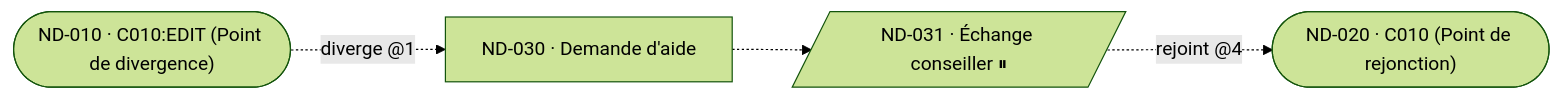
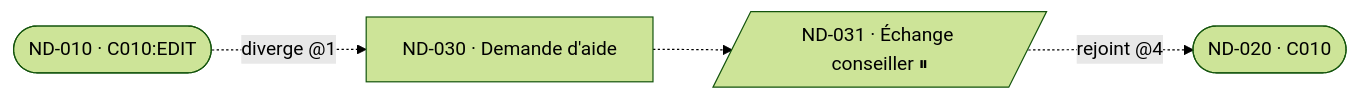
Before and after one commit to Pi0up/ai-skills: the second of 4 diagrams in specs/spec-preview.md, drawn with Mermaid (forest theme). The commit also changed other lines of this file and 2 other files, not shown here.

````diff
--- a/specs/spec-preview.md
+++ b/specs/spec-preview.md
@@ -778,17 +758,17 @@
 ```mermaid
-%%@file id=PF-DOSSIER-VAR-ASSIST project=DOSSIER kind=userflow view=collapsed uc=UC-DOSSIER obj=OBJ-DOSSIER-01 statut=variante roles=MANAGER
-%%@file diverge=PF-DOSSIER-NOM@1 rejoint=PF-DOSSIER-NOM@4 confiance=RED validation=QA title="Parcours Variante : Assistance Téléphonique" version="1.1"
+%%@file id=PF-DOSSIER-VAR-ASSIST project=DOSSIER kind=userflow uc=UC-DOSSIER obj=OBJ-DOSSIER-01 statut=variante roles=MANAGER
+%%@file diverge=PF-DOSSIER-NOM@1 rejoint=PF-DOSSIER-NOM@4 confiance=RED validation=QA title="Assistance téléphonique" version="1.1"
 %%@node ND010 code=C010:EDIT type=ECR order=1
 %%@node ND030 ref=FEAT-DEMANDER-AIDE type=ACT order=2
 %%@node ND031 code=EXT-SUPPORT type=EXT obs=none break=yes resume=ND020 persist=external delay=days order=3
 %%@node ND020 code=C010 type=ECR order=4
 %%@edge ND010>ND030 kind=diverge
 %%@edge ND030>ND031 kind=variant
 %%@edge ND031>ND020 kind=rejoin
 flowchart LR
-  ND010(["ND-010 · C010:EDIT (Point de divergence)"])
+  ND010(["ND-010 · C010:EDIT"])
   ND030["ND-030 · Demande d'aide"]
   ND031[/"ND-031 · Échange conseiller ⏸"/]
-  ND020(["ND-020 · C010 (Point de rejonction)"])
+  ND020(["ND-020 · C010"])
   ND010 -. "diverge @1" .-> ND030 -.-> ND031 -. "rejoint @4" .-> ND020
 ```
````
